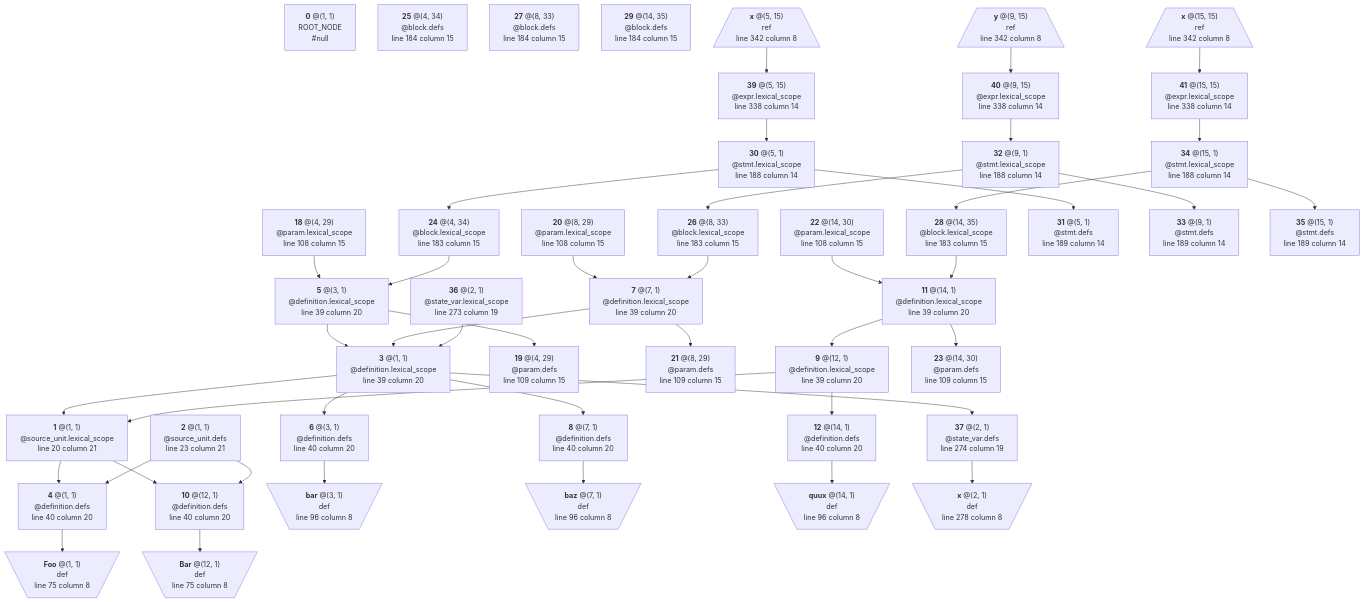
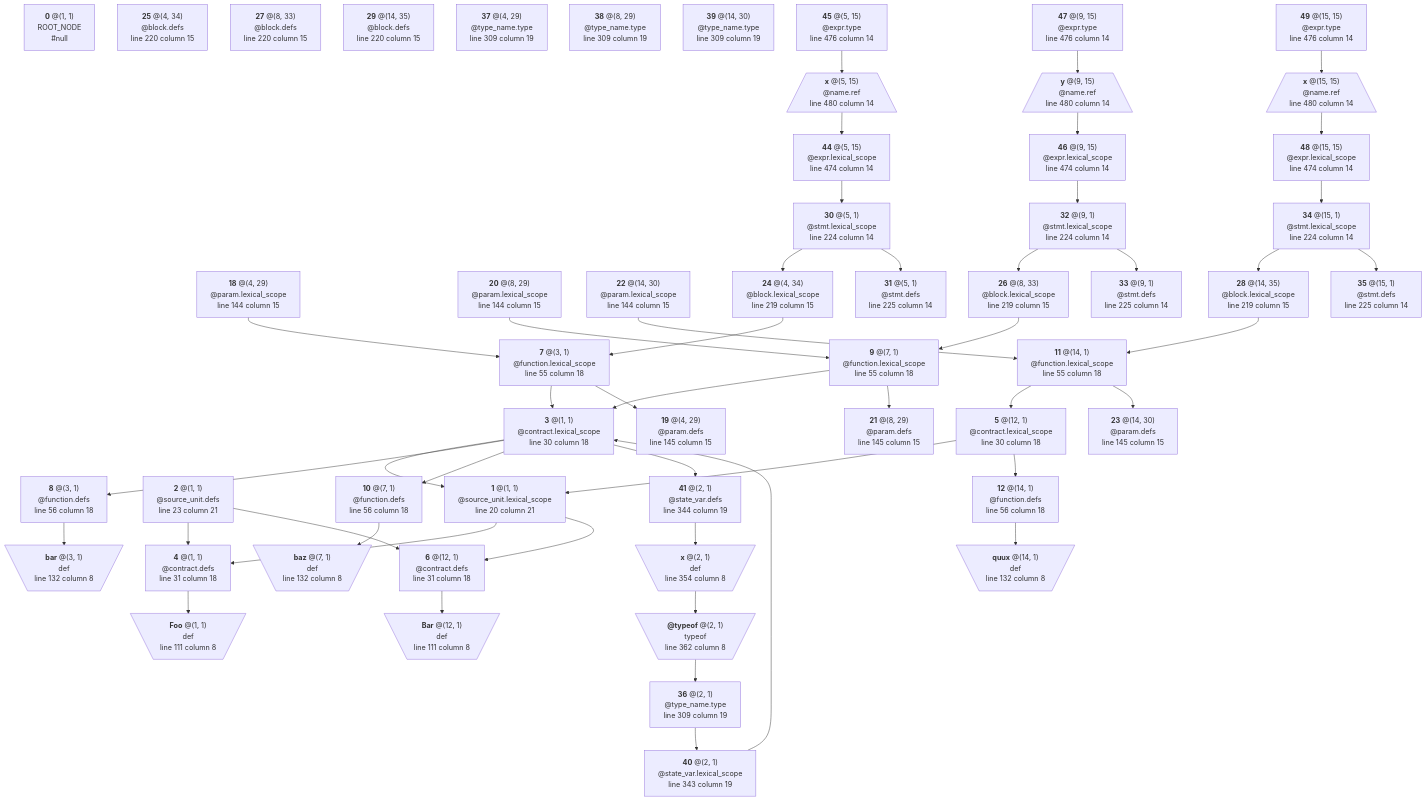
Before and after one commit to manastech/slang: the diagram in crates/solidity/testing/snapshots/bindings_output/lexical/generated/state_vars.sol-0.5.0.mmd, drawn with Mermaid. The commit also changed 21 other files, not shown here.

```diff
--- a/crates/solidity/testing/snapshots/bindings_output/lexical/generated/state_vars.sol-0.5.0.mmd
+++ b/crates/solidity/testing/snapshots/bindings_output/lexical/generated/state_vars.sol-0.5.0.mmd
@@ -6,172 +6,202 @@
 @source_unit.lexical_scope
 line 20 column 21`"]
 	N1 --> N4
-	N1 --> N10
+	N1 --> N6
 	N2["`**2** @(1, 1)
 @source_unit.defs
 line 23 column 21`"]
 	N2 --> N4
-	N2 --> N10
+	N2 --> N6
 	N3["`**3** @(1, 1)
-@definition.lexical_scope
-line 39 column 20`"]
+@contract.lexical_scope
+line 30 column 18`"]
 	N3 --> N1
-	N3 --> N6
 	N3 --> N8
-	N3 --> N37
+	N3 --> N10
+	N3 --> N41
 	N4["`**4** @(1, 1)
-@definition.defs
-line 40 column 20`"]
+@contract.defs
+line 31 column 18`"]
 	N4 --> N13
-	N5["`**5** @(3, 1)
-@definition.lexical_scope
-line 39 column 20`"]
-	N5 --> N3
-	N5 --> N19
-	N6["`**6** @(3, 1)
-@definition.defs
-line 40 column 20`"]
-	N6 --> N15
-	N7["`**7** @(7, 1)
-@definition.lexical_scope
-line 39 column 20`"]
+	N5["`**5** @(12, 1)
+@contract.lexical_scope
+line 30 column 18`"]
+	N5 --> N1
+	N5 --> N12
+	N6["`**6** @(12, 1)
+@contract.defs
+line 31 column 18`"]
+	N6 --> N14
+	N7["`**7** @(3, 1)
+@function.lexical_scope
+line 55 column 18`"]
 	N7 --> N3
-	N7 --> N21
-	N8["`**8** @(7, 1)
-@definition.defs
-line 40 column 20`"]
-	N8 --> N16
-	N9["`**9** @(12, 1)
-@definition.lexical_scope
-line 39 column 20`"]
-	N9 --> N1
-	N9 --> N12
-	N10["`**10** @(12, 1)
-@definition.defs
-line 40 column 20`"]
-	N10 --> N14
+	N7 --> N19
+	N8["`**8** @(3, 1)
+@function.defs
+line 56 column 18`"]
+	N8 --> N15
+	N9["`**9** @(7, 1)
+@function.lexical_scope
+line 55 column 18`"]
+	N9 --> N3
+	N9 --> N21
+	N10["`**10** @(7, 1)
+@function.defs
+line 56 column 18`"]
+	N10 --> N16
 	N11["`**11** @(14, 1)
-@definition.lexical_scope
-line 39 column 20`"]
-	N11 --> N9
+@function.lexical_scope
+line 55 column 18`"]
+	N11 --> N5
 	N11 --> N23
 	N12["`**12** @(14, 1)
-@definition.defs
-line 40 column 20`"]
+@function.defs
+line 56 column 18`"]
 	N12 --> N17
 	N13[\"`**Foo** @(1, 1)
 def
-line 75 column 8`"/]
+line 111 column 8`"/]
 	N14[\"`**Bar** @(12, 1)
 def
-line 75 column 8`"/]
+line 111 column 8`"/]
 	N15[\"`**bar** @(3, 1)
 def
-line 96 column 8`"/]
+line 132 column 8`"/]
 	N16[\"`**baz** @(7, 1)
 def
-line 96 column 8`"/]
+line 132 column 8`"/]
 	N17[\"`**quux** @(14, 1)
 def
-line 96 column 8`"/]
+line 132 column 8`"/]
 	N18["`**18** @(4, 29)
 @param.lexical_scope
-line 108 column 15`"]
-	N18 --> N5
+line 144 column 15`"]
+	N18 --> N7
 	N19["`**19** @(4, 29)
 @param.defs
-line 109 column 15`"]
+line 145 column 15`"]
 	N20["`**20** @(8, 29)
 @param.lexical_scope
-line 108 column 15`"]
-	N20 --> N7
+line 144 column 15`"]
+	N20 --> N9
 	N21["`**21** @(8, 29)
 @param.defs
-line 109 column 15`"]
+line 145 column 15`"]
 	N22["`**22** @(14, 30)
 @param.lexical_scope
-line 108 column 15`"]
+line 144 column 15`"]
 	N22 --> N11
 	N23["`**23** @(14, 30)
 @param.defs
-line 109 column 15`"]
+line 145 column 15`"]
 	N24["`**24** @(4, 34)
 @block.lexical_scope
-line 183 column 15`"]
-	N24 --> N5
+line 219 column 15`"]
+	N24 --> N7
 	N25["`**25** @(4, 34)
 @block.defs
-line 184 column 15`"]
+line 220 column 15`"]
 	N26["`**26** @(8, 33)
 @block.lexical_scope
-line 183 column 15`"]
-	N26 --> N7
+line 219 column 15`"]
+	N26 --> N9
 	N27["`**27** @(8, 33)
 @block.defs
-line 184 column 15`"]
+line 220 column 15`"]
 	N28["`**28** @(14, 35)
 @block.lexical_scope
-line 183 column 15`"]
+line 219 column 15`"]
 	N28 --> N11
 	N29["`**29** @(14, 35)
 @block.defs
-line 184 column 15`"]
+line 220 column 15`"]
 	N30["`**30** @(5, 1)
 @stmt.lexical_scope
-line 188 column 14`"]
+line 224 column 14`"]
 	N30 --> N24
 	N30 --> N31
 	N31["`**31** @(5, 1)
 @stmt.defs
-line 189 column 14`"]
+line 225 column 14`"]
 	N32["`**32** @(9, 1)
 @stmt.lexical_scope
-line 188 column 14`"]
+line 224 column 14`"]
 	N32 --> N26
 	N32 --> N33
 	N33["`**33** @(9, 1)
 @stmt.defs
-line 189 column 14`"]
+line 225 column 14`"]
 	N34["`**34** @(15, 1)
 @stmt.lexical_scope
-line 188 column 14`"]
+line 224 column 14`"]
 	N34 --> N28
 	N34 --> N35
 	N35["`**35** @(15, 1)
 @stmt.defs
-line 189 column 14`"]
+line 225 column 14`"]
 	N36["`**36** @(2, 1)
+@type_name.type
+line 309 column 19`"]
+	N36 --> N40
+	N37["`**37** @(4, 29)
+@type_name.type
+line 309 column 19`"]
+	N38["`**38** @(8, 29)
+@type_name.type
+line 309 column 19`"]
+	N39["`**39** @(14, 30)
+@type_name.type
+line 309 column 19`"]
+	N40["`**40** @(2, 1)
 @state_var.lexical_scope
-line 273 column 19`"]
-	N36 --> N3
-	N37["`**37** @(2, 1)
+line 343 column 19`"]
+	N40 --> N3
+	N41["`**41** @(2, 1)
 @state_var.defs
-line 274 column 19`"]
-	N37 --> N38
-	N38[\"`**x** @(2, 1)
+line 344 column 19`"]
+	N41 --> N42
+	N42[\"`**x** @(2, 1)
 def
-line 278 column 8`"/]
-	N39["`**39** @(5, 15)
+line 354 column 8`"/]
+	N42 --> N43
+	N43[\"`**@typeof** @(2, 1)
+typeof
+line 362 column 8`"/]
+	N43 --> N36
+	N44["`**44** @(5, 15)
 @expr.lexical_scope
-line 338 column 14`"]
-	N39 --> N30
-	N40["`**40** @(9, 15)
+line 474 column 14`"]
+	N44 --> N30
+	N45["`**45** @(5, 15)
+@expr.type
+line 476 column 14`"]
+	N45 --> N50
+	N46["`**46** @(9, 15)
 @expr.lexical_scope
-line 338 column 14`"]
-	N40 --> N32
-	N41["`**41** @(15, 15)
+line 474 column 14`"]
+	N46 --> N32
+	N47["`**47** @(9, 15)
+@expr.type
+line 476 column 14`"]
+	N47 --> N51
+	N48["`**48** @(15, 15)
 @expr.lexical_scope
-line 338 column 14`"]
-	N41 --> N34
-	N42[/"`**x** @(5, 15)
-ref
-line 342 column 8`"\]
-	N42 --> N39
-	N43[/"`**y** @(9, 15)
-ref
-line 342 column 8`"\]
-	N43 --> N40
-	N44[/"`**x** @(15, 15)
-ref
-line 342 column 8`"\]
-	N44 --> N41
+line 474 column 14`"]
+	N48 --> N34
+	N49["`**49** @(15, 15)
+@expr.type
+line 476 column 14`"]
+	N49 --> N52
+	N50[/"`**x** @(5, 15)
+@name.ref
+line 480 column 14`"\]
+	N50 --> N44
+	N51[/"`**y** @(9, 15)
+@name.ref
+line 480 column 14`"\]
+	N51 --> N46
+	N52[/"`**x** @(15, 15)
+@name.ref
+line 480 column 14`"\]
+	N52 --> N48
```
